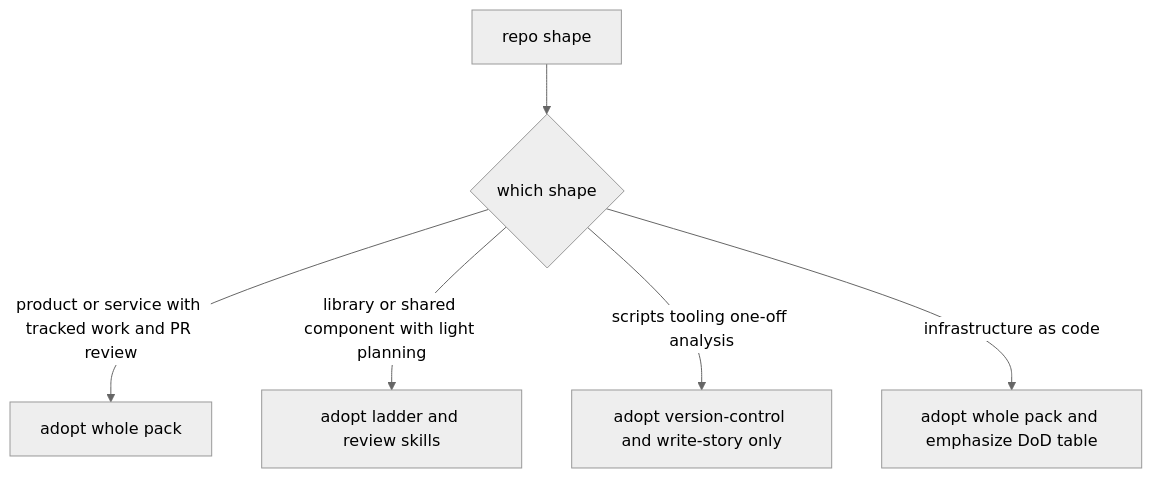
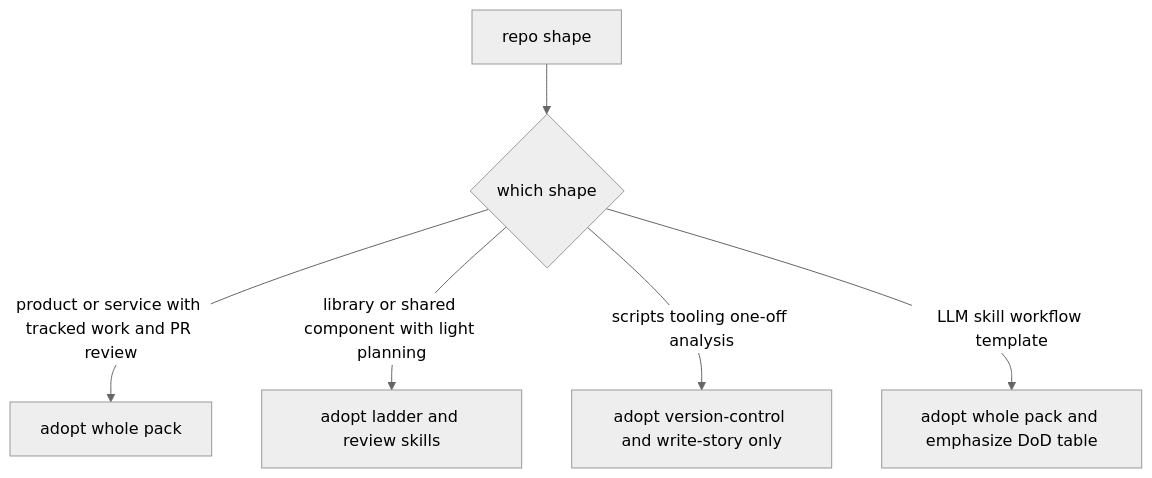
The first of 2 diagrams in BOOTSTRAP.md (Schenz/claude-spec-workflow), drawn with Mermaid (neutral theme) before and after one commit. The commit also changed other lines of this file, not shown here.

Commit message:
address comments

````diff
--- a/BOOTSTRAP.md
+++ b/BOOTSTRAP.md
@@ -17,8 +17,8 @@
 ```mermaid
 flowchart TD
   A[repo shape] --> B{which shape}
   B -->|product or service with tracked work and PR review| C[adopt whole pack]
   B -->|library or shared component with light planning| D[adopt ladder and review skills]
   B -->|scripts tooling one-off analysis| E[adopt version-control and write-story only]
-  B -->|infrastructure as code| F[adopt whole pack and emphasize DoD table]
+  B -->|LLM skill workflow template| F[adopt whole pack and emphasize DoD table]
 ```
````
